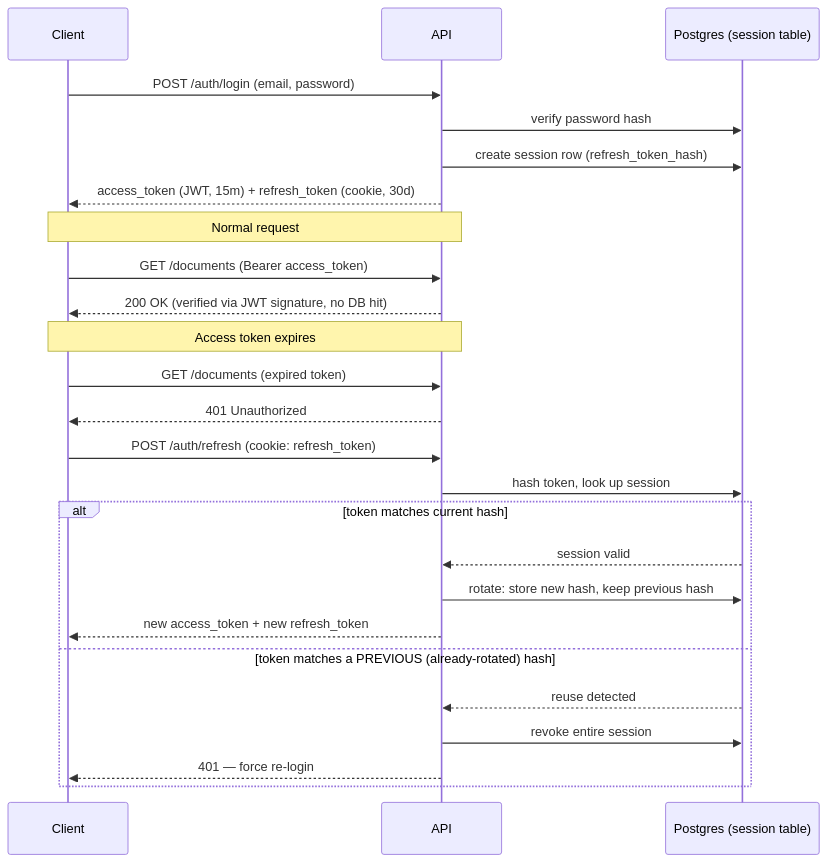
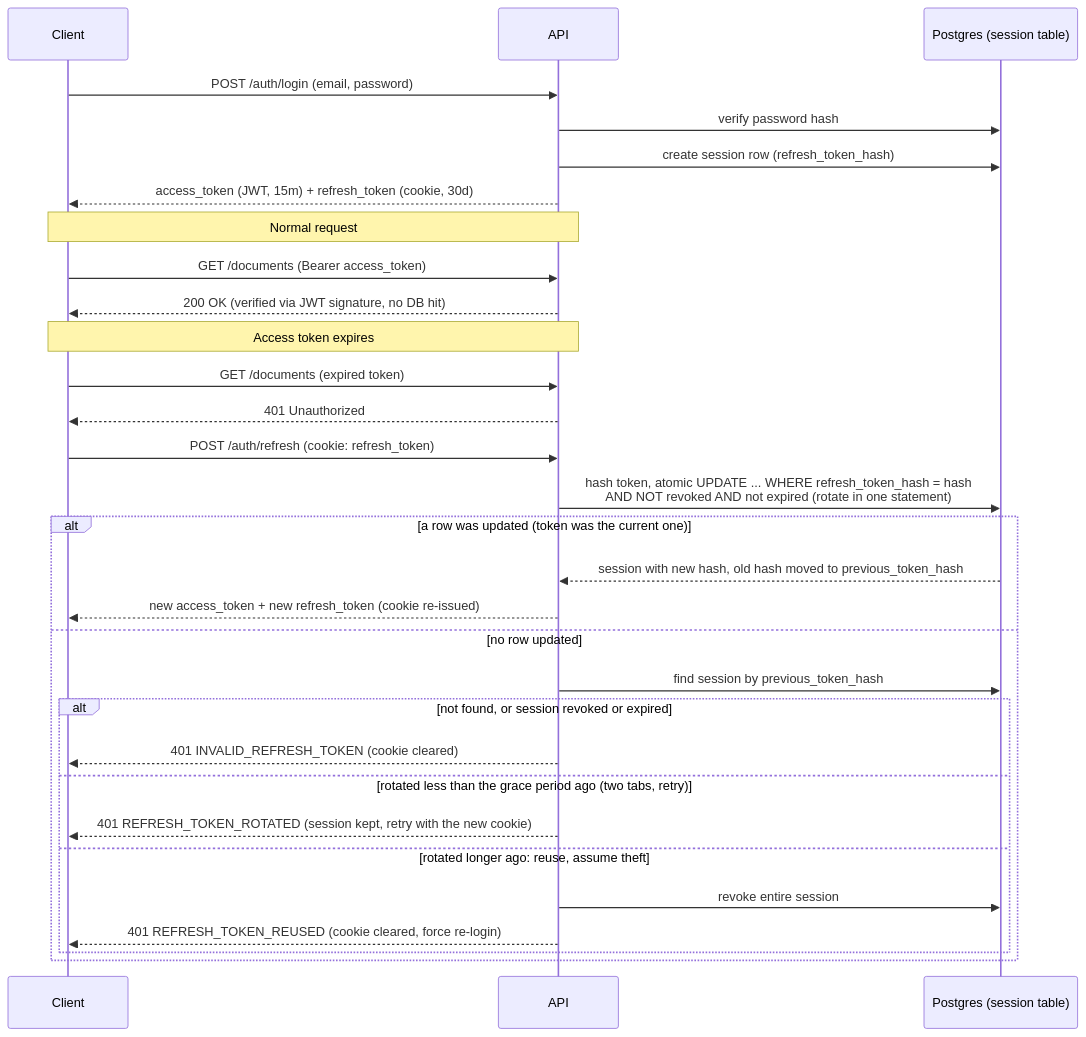
One commit to kkbaidu/AI-Powered-Knowledge-OS changed the fourth of 8 diagrams in docs/architecture/Atlas — Architecture Diagrams (MVP Scope).md. Above: the diagram before and after it, drawn with Mermaid. The commit also changed 12 other files, not shown here.

First line of the commit message:
feat(auth): add POST /auth/refresh with rotation and reuse detection

````diff
--- a/docs/architecture/Atlas — Architecture Diagrams (MVP Scope).md
+++ b/docs/architecture/Atlas — Architecture Diagrams (MVP Scope).md
@@ -208,31 +208,36 @@
 ```mermaid
 sequenceDiagram
     participant C as Client
     participant A as API
     participant DB as Postgres (session table)
 
     C->>A: POST /auth/login (email, password)
     A->>DB: verify password hash
     A->>DB: create session row (refresh_token_hash)
     A-->>C: access_token (JWT, 15m) + refresh_token (cookie, 30d)
 
     Note over C,A: Normal request
     C->>A: GET /documents (Bearer access_token)
     A-->>C: 200 OK (verified via JWT signature, no DB hit)
 
     Note over C,A: Access token expires
     C->>A: GET /documents (expired token)
     A-->>C: 401 Unauthorized
 
     C->>A: POST /auth/refresh (cookie: refresh_token)
-    A->>DB: hash token, look up session
-    alt token matches current hash
-        DB-->>A: session valid
-        A->>DB: rotate: store new hash, keep previous hash
-        A-->>C: new access_token + new refresh_token
-    else token matches a PREVIOUS (already-rotated) hash
-        DB-->>A: reuse detected
-        A->>DB: revoke entire session
-        A-->>C: 401 — force re-login
+    A->>DB: hash token, atomic UPDATE ... WHERE refresh_token_hash = hash<br/>AND NOT revoked AND not expired (rotate in one statement)
+    alt a row was updated (token was the current one)
+        DB-->>A: session with new hash, old hash moved to previous_token_hash
+        A-->>C: new access_token + new refresh_token (cookie re-issued)
+    else no row updated
+        A->>DB: find session by previous_token_hash
+        alt not found, or session revoked or expired
+            A-->>C: 401 INVALID_REFRESH_TOKEN (cookie cleared)
+        else rotated less than the grace period ago (two tabs, retry)
+            A-->>C: 401 REFRESH_TOKEN_ROTATED (session kept, retry with the new cookie)
+        else rotated longer ago: reuse, assume theft
+            A->>DB: revoke entire session
+            A-->>C: 401 REFRESH_TOKEN_REUSED (cookie cleared, force re-login)
+        end
     end
 ```
````
